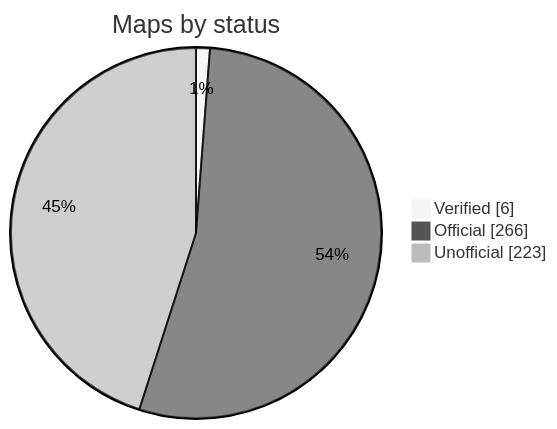
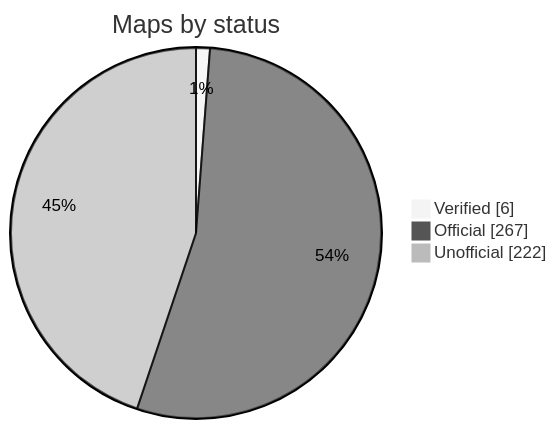
Before and after one commit to nobrega8/mbmap-library: the diagram in README.md, drawn with Mermaid (neutral theme). The commit also changed 2 other files, not shown here.

Commit message:
Rewrite the Schneider Electric Symmetra PX (20-160 kVA) map from the register map (#78)

````diff
--- a/README.md
+++ b/README.md
@@ -48,7 +48,7 @@
 ```mermaid
 pie showData
     title Maps by status
     "Verified" : 6
-    "Official" : 266
-    "Unofficial" : 223
+    "Official" : 267
+    "Unofficial" : 222
 ```
````
